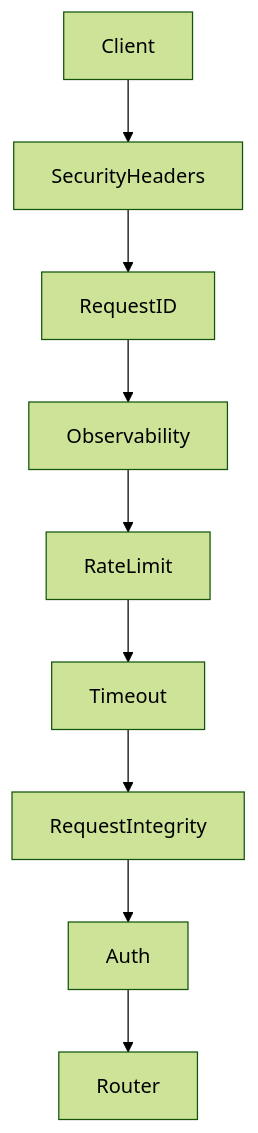
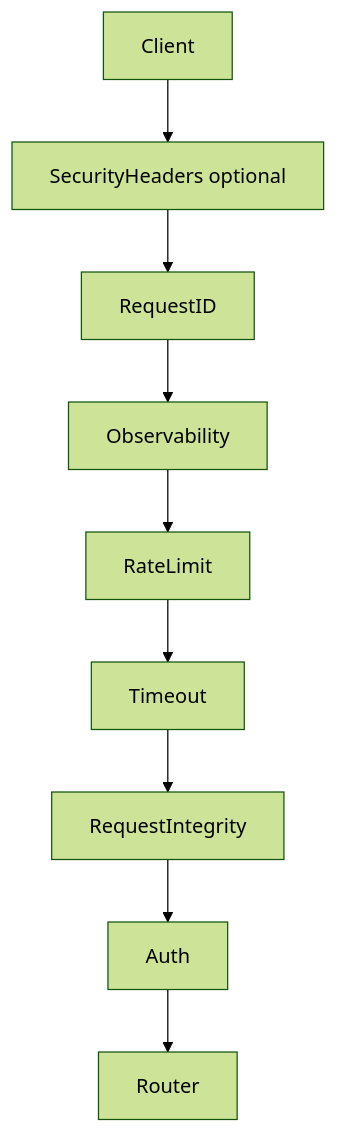
One commit to Libertocrat/seg changed the second of 5 diagrams in docs/ARCHITECTURE.md. Above: the diagram before and after it, drawn with Mermaid (forest theme). The commit also changed other lines of this file and 1 other file, not shown here.

````diff
--- a/docs/ARCHITECTURE.md
+++ b/docs/ARCHITECTURE.md
@@ -80,11 +94,11 @@
 ```mermaid
 flowchart TD
-Client --> SecurityHeaders
-SecurityHeaders --> RequestID
+Client --> SecurityHeadersOptional[SecurityHeaders optional]
+SecurityHeadersOptional --> RequestID
 RequestID --> Observability
 Observability --> RateLimit
 RateLimit --> Timeout
 Timeout --> RequestIntegrity
 RequestIntegrity --> Auth
 Auth --> Router
 ```
````
